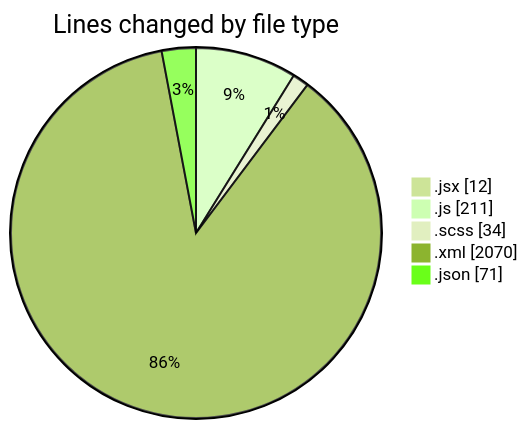
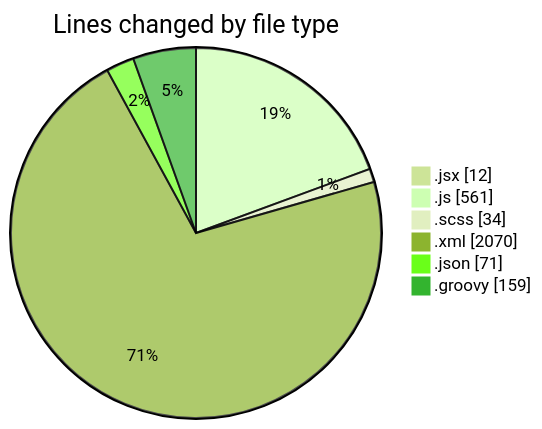
Before and after one commit to momahboobian/code-tracking: the first of 2 diagrams in 2026-02-26/cda/README.md, drawn with Mermaid (forest theme). The commit also changed other lines of this file and 1 other file, not shown here.

````diff
--- a/2026-02-26/cda/README.md
+++ b/2026-02-26/cda/README.md
@@ -24,9 +27,10 @@
 ```mermaid
 pie showData
 title Lines changed by file type
 ".jsx" : 12
-".js" : 211
+".js" : 561
 ".scss" : 34
 ".xml" : 2070
 ".json" : 71
+".groovy" : 159
 ```
````
